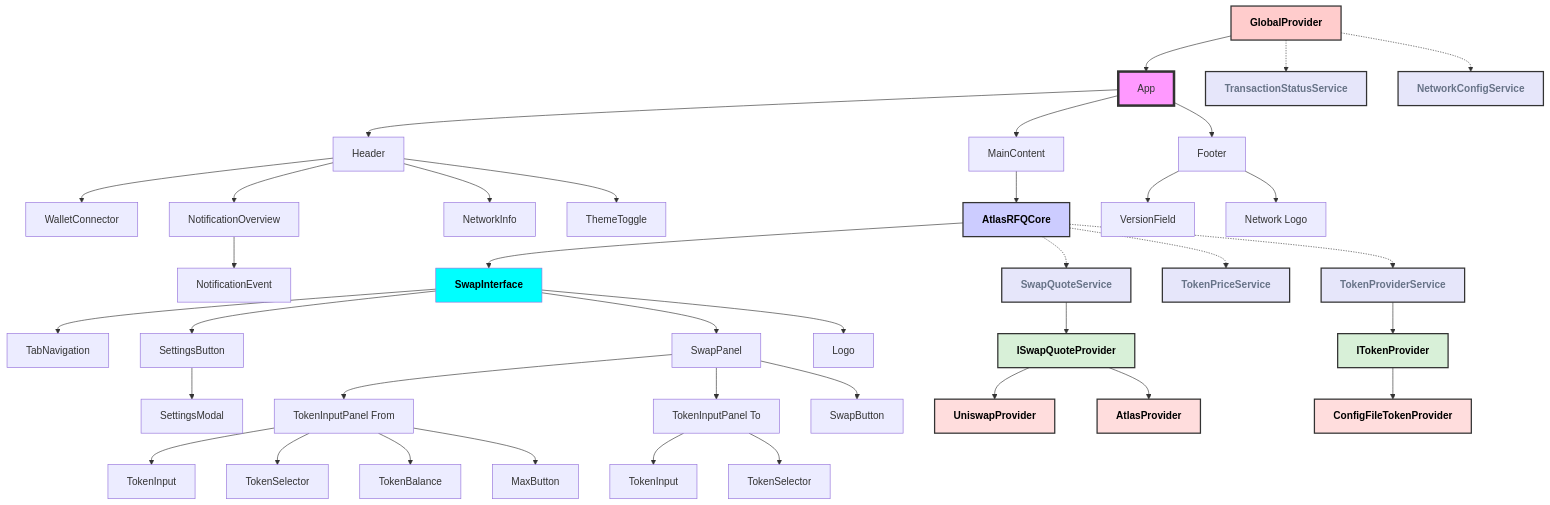
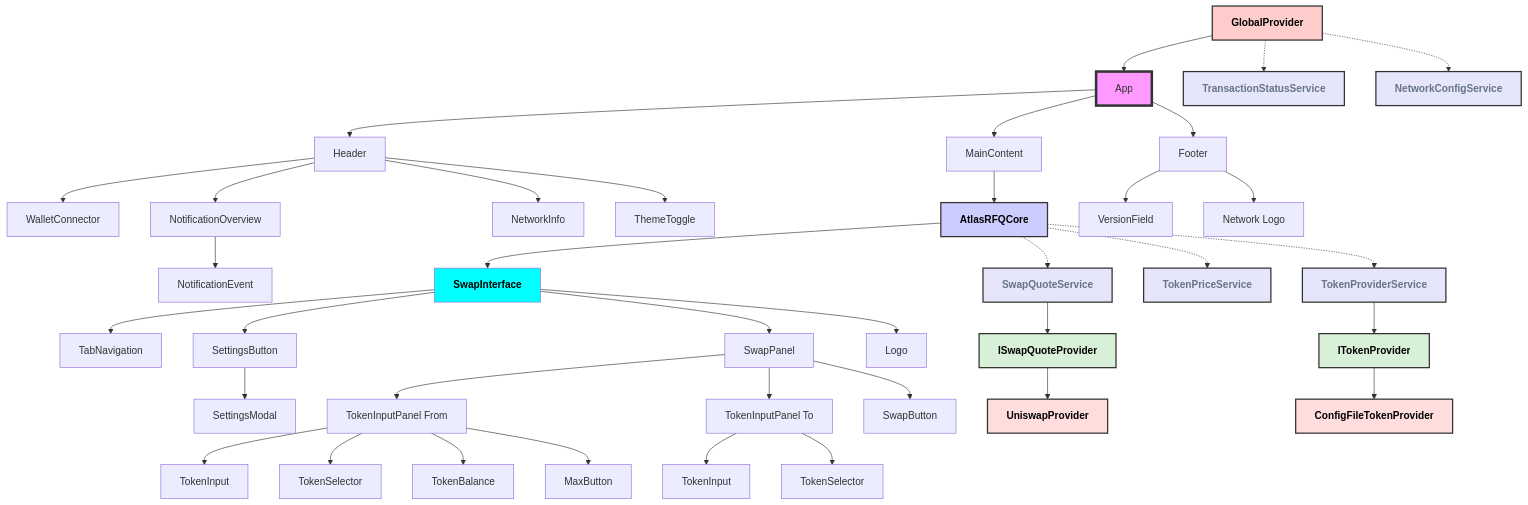
One commit to FastLane-Labs/shMonad-frontend changed the diagram in docs/overview.md. Above: the diagram before and after it, drawn with Mermaid. The commit also changed other lines of this file, not shown here.

Commit message:
docs: update diagram

```diff
--- a/docs/overview.md
+++ b/docs/overview.md
@@ -81,7 +81,6 @@
 
     V --> X[ISwapQuoteProvider]
     X --> Y[UniswapProvider]
-    X --> Z[AtlasProvider]
 
     R --> S1[ITokenProvider]
     S1 --> AA[ConfigFileTokenProvider]
@@ -100,7 +99,6 @@
     style X fill:#d8f0d8,stroke:#333,stroke-width:2px
     style S1 fill:#d8f0d8,stroke:#333,stroke-width:2px
     style Y fill:#fdd,stroke:#333,stroke-width:2px
-    style Z fill:#fdd,stroke:#333,stroke-width:2px
     style AA fill:#fdd,stroke:#333,stroke-width:2px
 
     classDef swapInterfaceText fill:#0fff,color:#000000,font-weight:bold
@@ -110,7 +108,7 @@
     class G atlasRFQCoreText
 
     classDef interfacesText fill:#dadb95,color:#000000,font-weight:bold
-    class X,S1 interfacesText
+    class S1,X interfacesText
 
     classDef providerText fill:#c28894,color:#000000,font-weight:bold
     class Y,Z,AA providerText
```
